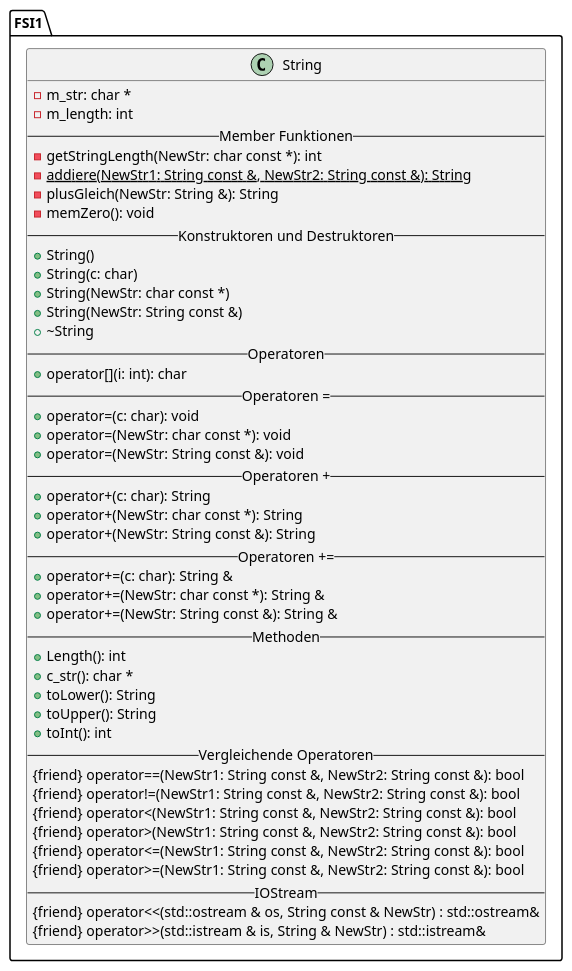
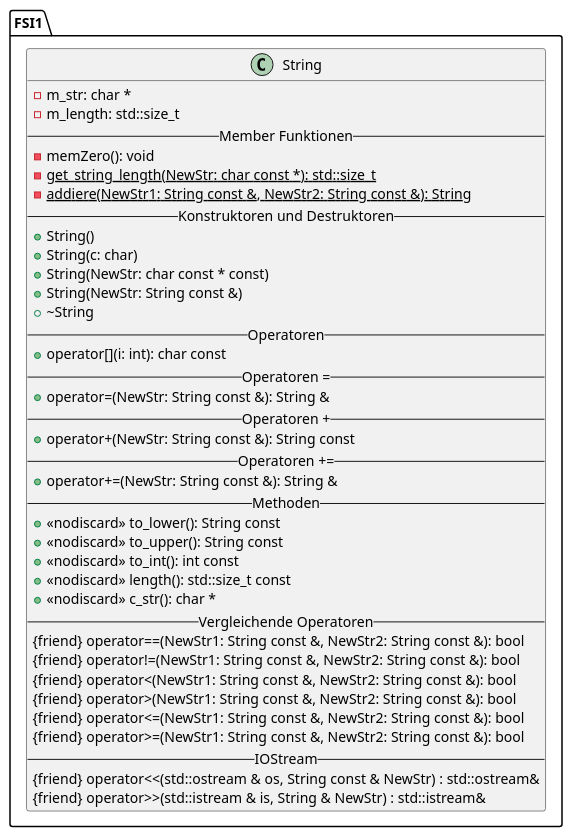
Before and after one commit to CarosCave/EigeneStrings: the diagram in String.puml, drawn with PlantUML. The commit also changed 4 other files, not shown here.

```diff
--- a/String.puml
+++ b/String.puml
@@ -1,50 +1,43 @@
 @startuml
 'https://plantuml.com/class-diagram
 set namespaceSeparator ::
 class FSI1::String {
 -m_str: char *
--m_length: int
+-m_length: std::size_t
 -- Member Funktionen --
--getStringLength(NewStr: char const *): int
+-memZero(): void
+-{static}get_string_length(NewStr: char const *): std::size_t
 -{static}addiere(NewStr1: String const &, NewStr2: String const &): String
--plusGleich(NewStr: String &): String
--memZero(): void
 -- Konstruktoren und Destruktoren --
 +String()
 +String(c: char)
-+String(NewStr: char const *)
++String(NewStr: char const * const)
 +String(NewStr: String const &)
 +~String
 -- Operatoren --
-+operator[](i: int): char
++operator[](i: int): char const
 -- Operatoren = --
-+operator=(c: char): void
-+operator=(NewStr: char const *): void
-+operator=(NewStr: String const &): void
++operator=(NewStr: String const &): String &
 -- Operatoren + --
-+operator+(c: char): String
-+operator+(NewStr: char const *): String
-+operator+(NewStr: String const &): String
++operator+(NewStr: String const &): String const
 -- Operatoren += --
-+operator+=(c: char): String &
-+operator+=(NewStr: char const *): String &
 +operator+=(NewStr: String const &): String &
 -- Methoden --
-+Length(): int
-+c_str(): char *
-+toLower(): String
-+toUpper(): String
-+toInt(): int
++«nodiscard» to_lower(): String const
++«nodiscard» to_upper(): String const
++«nodiscard» to_int(): int const
++«nodiscard» length(): std::size_t const
++«nodiscard» c_str(): char *
 -- Vergleichende Operatoren --
 {friend} operator==(NewStr1: String const &, NewStr2: String const &): bool
 {friend} operator!=(NewStr1: String const &, NewStr2: String const &): bool
 {friend} operator<(NewStr1: String const &, NewStr2: String const &): bool
 {friend} operator>(NewStr1: String const &, NewStr2: String const &): bool
 {friend} operator<=(NewStr1: String const &, NewStr2: String const &): bool
 {friend} operator>=(NewStr1: String const &, NewStr2: String const &): bool
 -- IOStream --
 {friend} operator<<(std::ostream & os, String const & NewStr) : std::ostream&
 {friend} operator>>(std::istream & is, String & NewStr) : std::istream&
 }
 }
 @enduml
```
